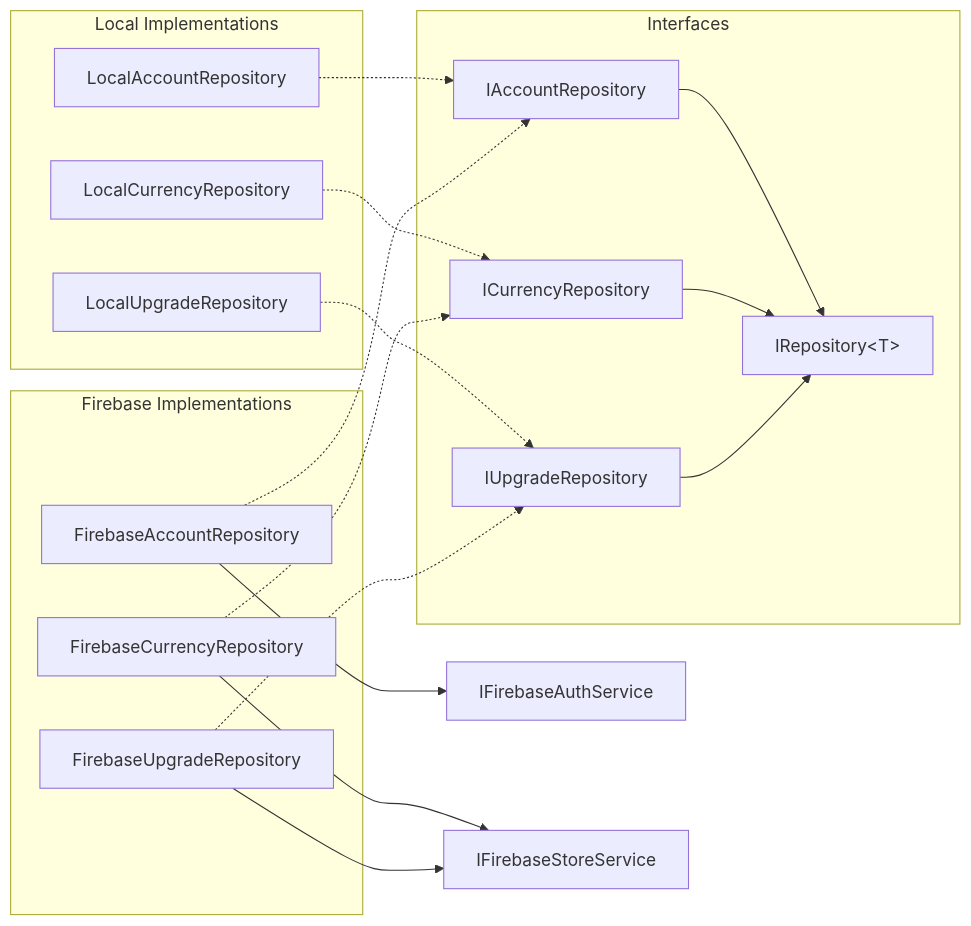
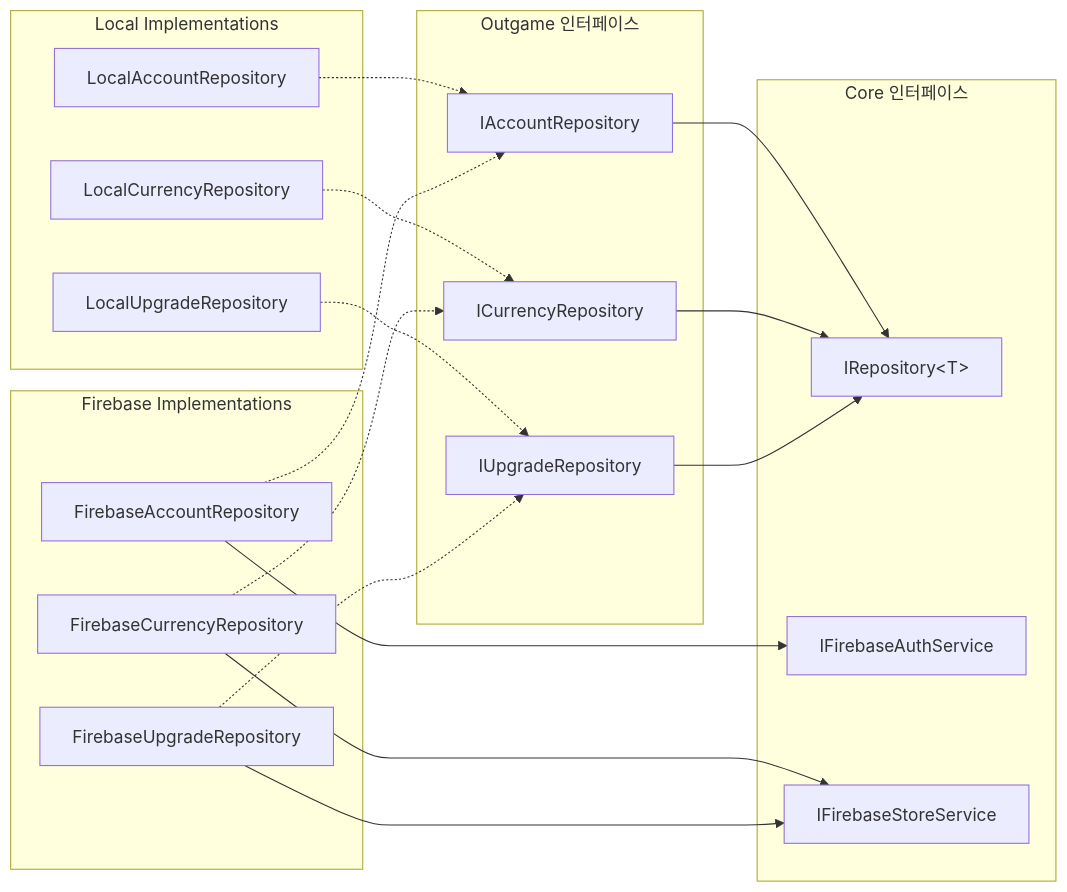
The second of 7 diagrams in Docs/architecture/README.md (ctmanjak/tree_clicker_3d), drawn with Mermaid before and after one commit. The commit also changed other lines of this file and 40 other files, not shown here.

````diff
--- a/Docs/architecture/README.md
+++ b/Docs/architecture/README.md
@@ -153,37 +159,42 @@
 ```mermaid
 graph LR
-    subgraph "Interfaces"
+    subgraph "Core 인터페이스"
+        IRepo[IRepository&lt;T&gt;]
+        IFirebaseAuthService[IFirebaseAuthService]
+        IFirebaseStoreService[IFirebaseStoreService]
+    end
+
+    subgraph "Outgame 인터페이스"
         IAccountRepo[IAccountRepository]
         ICurrencyRepo[ICurrencyRepository]
         IUpgradeRepo[IUpgradeRepository]
-        IRepo[IRepository&lt;T&gt;]
     end
 
     subgraph "Local Implementations"
         LocalAccount[LocalAccountRepository]
         LocalCurrency[LocalCurrencyRepository]
         LocalUpgrade[LocalUpgradeRepository]
     end
 
     subgraph "Firebase Implementations"
         FBAccount[FirebaseAccountRepository]
         FBCurrency[FirebaseCurrencyRepository]
         FBUpgrade[FirebaseUpgradeRepository]
     end
 
     IAccountRepo --> IRepo
     ICurrencyRepo --> IRepo
     IUpgradeRepo --> IRepo
 
     LocalAccount -.-> IAccountRepo
     LocalCurrency -.-> ICurrencyRepo
     LocalUpgrade -.-> IUpgradeRepo
 
     FBAccount -.-> IAccountRepo
     FBCurrency -.-> ICurrencyRepo
     FBUpgrade -.-> IUpgradeRepo
 
     FBAccount --> IFirebaseAuthService
     FBCurrency --> IFirebaseStoreService
     FBUpgrade --> IFirebaseStoreService
 ```
````
